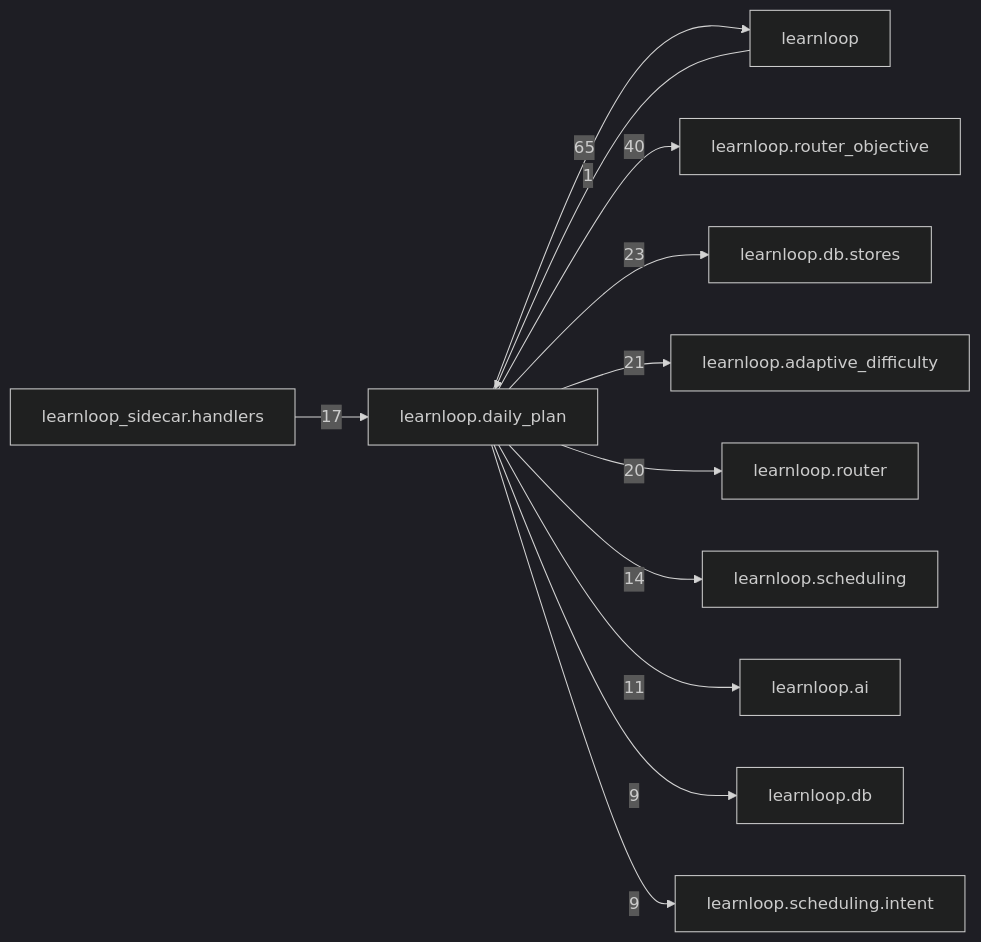
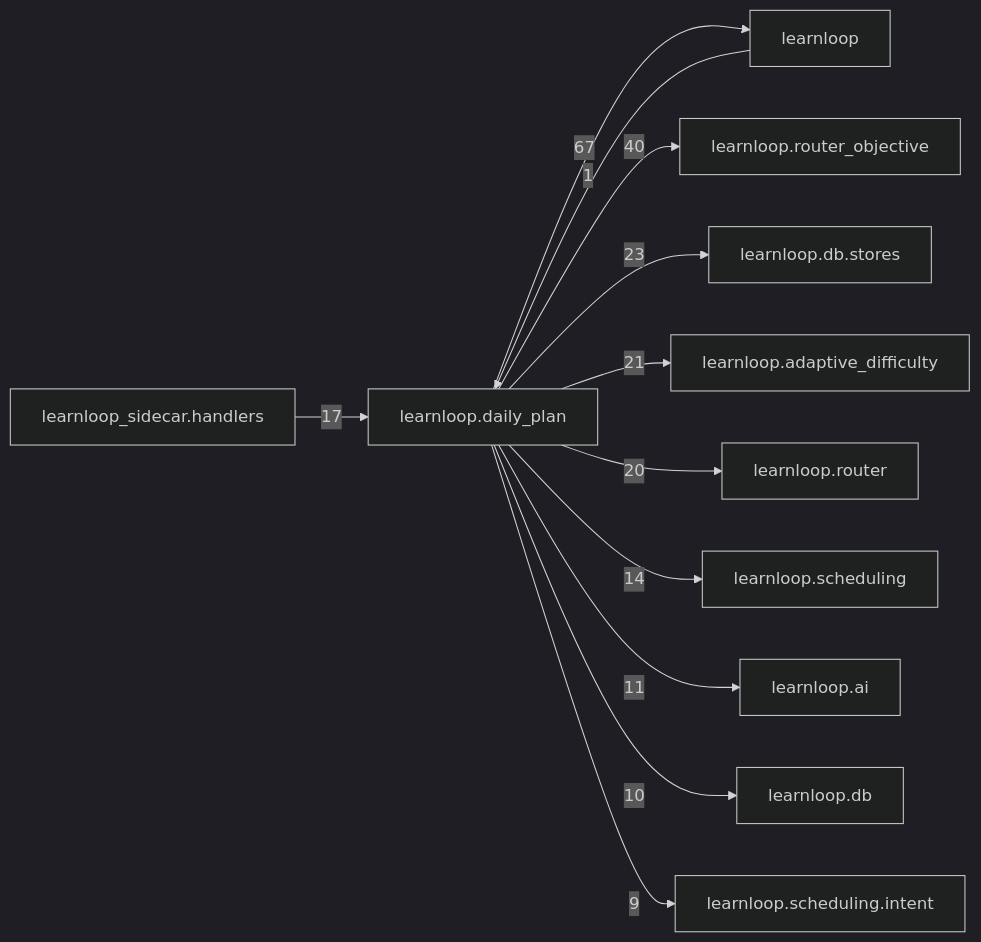
The diagram in docs/learnloop-architecture-vault/Reference/Modules/learnloop/daily_plan/_package.md (6up-b/learnanything), drawn with Mermaid (dark theme) before and after one commit. The commit also changed other lines of this file and 77 other files, not shown here.

````diff
--- a/docs/learnloop-architecture-vault/Reference/Modules/learnloop/daily_plan/_package.md
+++ b/docs/learnloop-architecture-vault/Reference/Modules/learnloop/daily_plan/_package.md
@@ -168,25 +170,25 @@
 ```mermaid
 flowchart LR
     center["learnloop.daily_plan"]
     n_learnloop["learnloop"]
     n_learnloop_router_objective["learnloop.router_objective"]
     n_learnloop_db_stores["learnloop.db.stores"]
     n_learnloop_adaptive_difficulty["learnloop.adaptive_difficulty"]
     n_learnloop_router["learnloop.router"]
     n_learnloop_sidecar_handlers["learnloop_sidecar.handlers"]
     n_learnloop_scheduling["learnloop.scheduling"]
     n_learnloop_ai["learnloop.ai"]
     n_learnloop_db["learnloop.db"]
     n_learnloop_scheduling_intent["learnloop.scheduling.intent"]
     n_learnloop -->|1| center
-    center -->|65| n_learnloop
+    center -->|67| n_learnloop
     center -->|40| n_learnloop_router_objective
     center -->|23| n_learnloop_db_stores
     center -->|21| n_learnloop_adaptive_difficulty
     center -->|20| n_learnloop_router
     n_learnloop_sidecar_handlers -->|17| center
     center -->|14| n_learnloop_scheduling
     center -->|11| n_learnloop_ai
-    center -->|9| n_learnloop_db
+    center -->|10| n_learnloop_db
     center -->|9| n_learnloop_scheduling_intent
 ```
````
